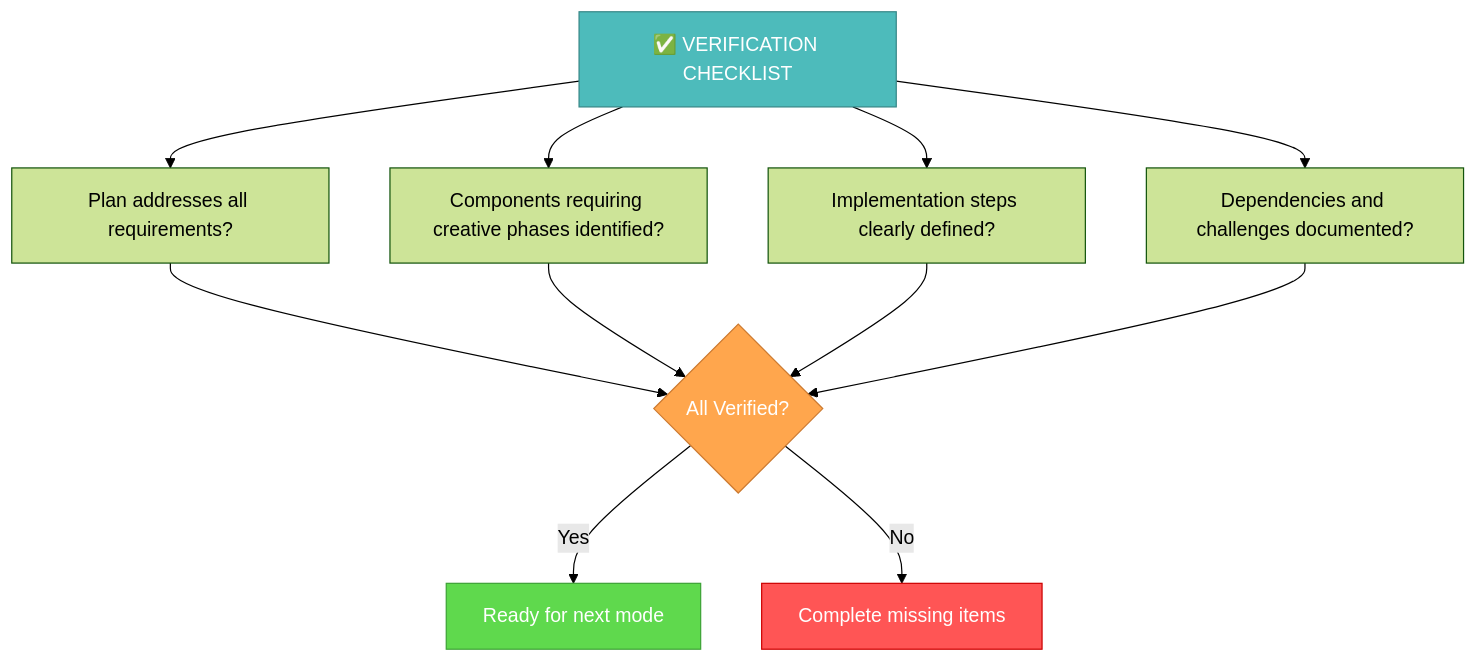
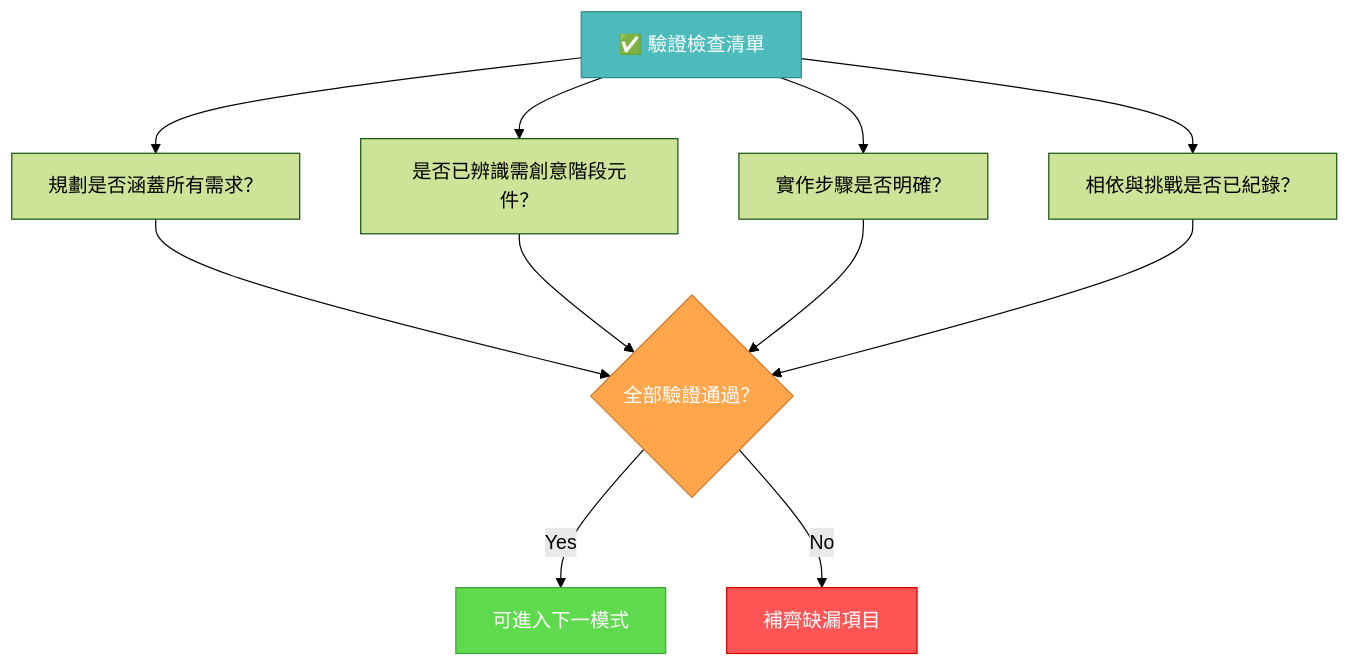
Before and after one commit to chenjackle45/cursor-memory-bank-chinese: the fifth of 5 diagrams in 中文化/custom_modes/plan_instructions.md, drawn with Mermaid (forest theme). The commit also changed other lines of this file and 5 other files, not shown here.

Commit message:
Translate and update documentation for Reflect+Archive and VAN modes to enhance clarity and accessibility for users. Adjusted flowcharts and verification checklists to reflect changes in the development process.

````diff
--- a/中文化/custom_modes/plan_instructions.md
+++ b/中文化/custom_modes/plan_instructions.md
@@ -208,16 +214,16 @@
 ```mermaid
 graph TD
-    V["✅ VERIFICATION CHECKLIST"] --> P["Plan addresses all requirements?"]
-    V --> C["Components requiring creative phases identified?"]
-    V --> S["Implementation steps clearly defined?"]
-    V --> D["Dependencies and challenges documented?"]
-    
-    P & C & S & D --> Decision{"All Verified?"}
-    Decision -->|"Yes"| Complete["Ready for next mode"]
-    Decision -->|"No"| Fix["Complete missing items"]
-    
+    V["✅ 驗證檢查清單"] --> P["規劃是否涵蓋所有需求？"]
+    V --> C["是否已辨識需創意階段元件？"]
+    V --> S["實作步驟是否明確？"]
+    V --> D["相依與挑戰是否已紀錄？"]
+
+    P & C & S & D --> Decision{"全部驗證通過？"}
+    Decision -->|"Yes"| Complete["可進入下一模式"]
+    Decision -->|"No"| Fix["補齊缺漏項目"]
+
     style V fill:#4dbbbb,stroke:#368787,color:white
     style Decision fill:#ffa64d,stroke:#cc7a30,color:white
     style Complete fill:#5fd94d,stroke:#3da336,color:white
     style Fix fill:#ff5555,stroke:#cc0000,color:white
 ```
````
